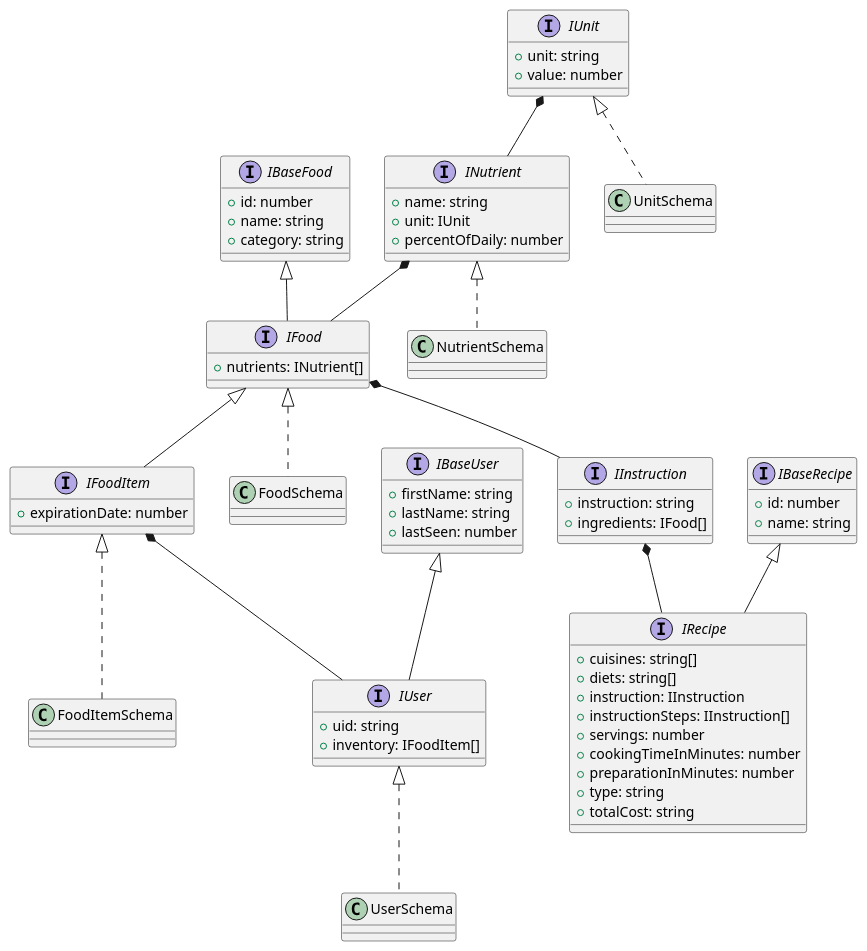
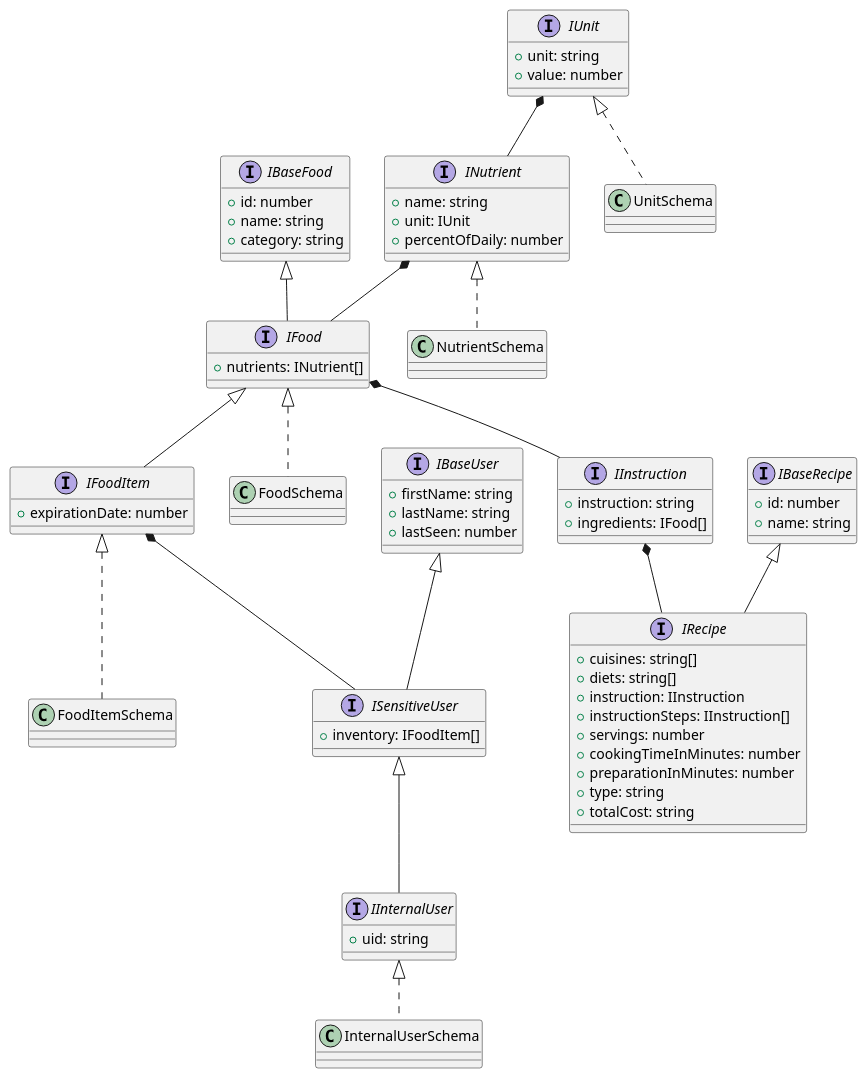
The diagram in DataModels.puml (COP4331-LargeGroupProject-Fall22/backend), drawn with PlantUML before and after one commit.

Commit message:
Upd: DataModel diagram

```diff
--- a/DataModels.puml
+++ b/DataModels.puml
@@ -1,76 +1,79 @@
 @startuml DataModels
 interface IBaseFood {
     + id: number
     + name: string
     + category: string
 }
 
 interface IFood extends IBaseFood {
     + nutrients: INutrient[]
 }
 
 interface INutrient {
     + name: string
     + unit: IUnit
     + percentOfDaily: number
 }
 
 interface IUnit {
     + unit: string
     + value: number
 }
 
 interface IFoodItem extends IFood {
     + expirationDate: number
 }
 
 class FoodSchema implements IFood {}
 
 class FoodItemSchema implements IFoodItem {}
 
 class UnitSchema implements IUnit {}
 
 class NutrientSchema implements INutrient {}
 
 interface IBaseUser {
     + firstName: string
     + lastName: string
     + lastSeen: number
 }
 
-interface IUser extends IBaseUser {
-    + uid: string
+interface ISensitiveUser extends IBaseUser {
     + inventory: IFoodItem[]
 }
 
-class UserSchema implements IUser {}
+interface IInternalUser extends ISensitiveUser {
+    + uid: string
+}
+
+class InternalUserSchema implements IInternalUser {}
 
 interface IBaseRecipe {
     + id: number
     + name: string
 }
 
 interface IRecipe extends IBaseRecipe {
     + cuisines: string[]
     + diets: string[] 
     + instruction: IInstruction
     + instructionSteps: IInstruction[]
     + servings: number
     + cookingTimeInMinutes: number
     + preparationInMinutes: number
     + type: string
     + totalCost: string
 }
 
 interface IInstruction {
     + instruction: string
     + ingredients: IFood[]
 }
 
 IFood *-- IInstruction
 IInstruction *-- IRecipe
-IFoodItem *-- IUser
+IFoodItem *-- ISensitiveUser
 INutrient *-- IFood
 IUnit *-- INutrient
 
 @enduml
```
